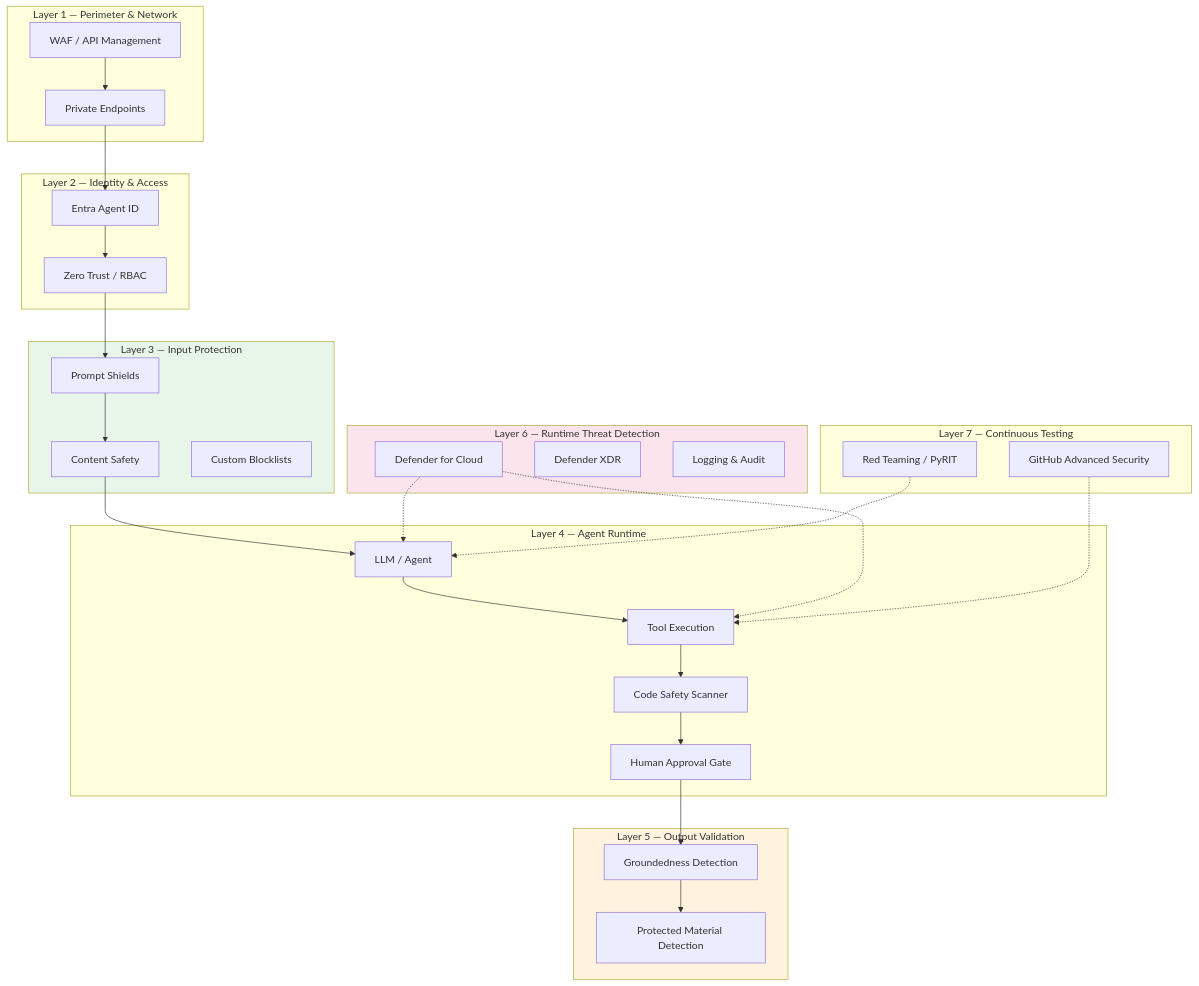
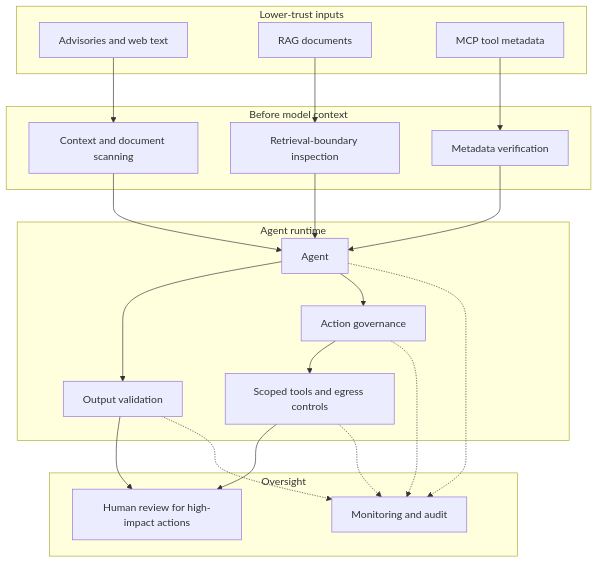
Before and after one commit to nmeisenzahl/hijack-agentic-ai: the diagram in docs/securing-agentic-ai.md, drawn with Mermaid. The commit also changed other lines of this file and 152 other files, not shown here.

````diff
--- a/docs/securing-agentic-ai.md
+++ b/docs/securing-agentic-ai.md
@@ -452,53 +216,40 @@
 ```mermaid
 flowchart TB
-    subgraph Perimeter["Layer 1 — Perimeter & Network"]
-        WAF[WAF / API Management]
-        PE[Private Endpoints]
+    subgraph Inputs[Lower-trust inputs]
+        TEXT[Advisories and web text]
+        RETRIEVAL[RAG documents]
+        TOOLS[MCP tool metadata]
     end
 
-    subgraph Identity["Layer 2 — Identity & Access"]
-        EID[Entra Agent ID]
-        RBAC[Zero Trust / RBAC]
+    subgraph PreModel[Before model context]
+        SCAN[Context and document scanning]
+        RAGSCAN[Retrieval-boundary inspection]
+        VERIFY[Metadata verification]
     end
 
-    subgraph Input["Layer 3 — Input Protection"]
-        PS[Prompt Shields]
-        CS[Content Safety]
-        BL[Custom Blocklists]
+    subgraph Runtime[Agent runtime]
+        AGENT[Agent]
+        OUTPUT[Output validation]
+        POLICY[Action governance]
+        SIDEFX[Scoped tools and egress controls]
     end
 
-    subgraph Agent["Layer 4 — Agent Runtime"]
-        LLM[LLM / Agent]
-        TOOLS[Tool Execution]
-        CODE[Code Safety Scanner]
-        HITL[Human Approval Gate]
+    subgraph Oversight[Oversight]
+        REVIEW[Human review for high-impact actions]
+        LOGS[Monitoring and audit]
     end
 
-    subgraph Output["Layer 5 — Output Validation"]
-        GD[Groundedness Detection]
-        PM[Protected Material Detection]
-    end
+    TEXT --> SCAN --> AGENT
+    RETRIEVAL --> RAGSCAN --> AGENT
+    TOOLS --> VERIFY --> AGENT
 
-    subgraph Monitor["Layer 6 — Runtime Threat Detection"]
-        DFC[Defender for Cloud]
-        XDR[Defender XDR]
-        LOG[Logging & Audit]
-    end
+    AGENT --> OUTPUT
+    AGENT --> POLICY
+    OUTPUT --> REVIEW
+    POLICY --> SIDEFX --> REVIEW
 
-    subgraph Test["Layer 7 — Continuous Testing"]
-        RT[Red Teaming / PyRIT]
-        GHAS[GitHub Advanced Security]
-    end
-
-    WAF --> PE --> EID --> RBAC --> PS --> CS --> LLM
-    LLM --> TOOLS --> CODE --> HITL
-    HITL --> GD --> PM
-    DFC -.-> LLM
-    DFC -.-> TOOLS
-    RT -.-> LLM
-    GHAS -.-> TOOLS
-
-    style Input fill:#e8f5e9
-    style Output fill:#fff3e0
-    style Monitor fill:#fce4ec
+    AGENT -.-> LOGS
+    OUTPUT -.-> LOGS
+    POLICY -.-> LOGS
+    SIDEFX -.-> LOGS
 ```
````
